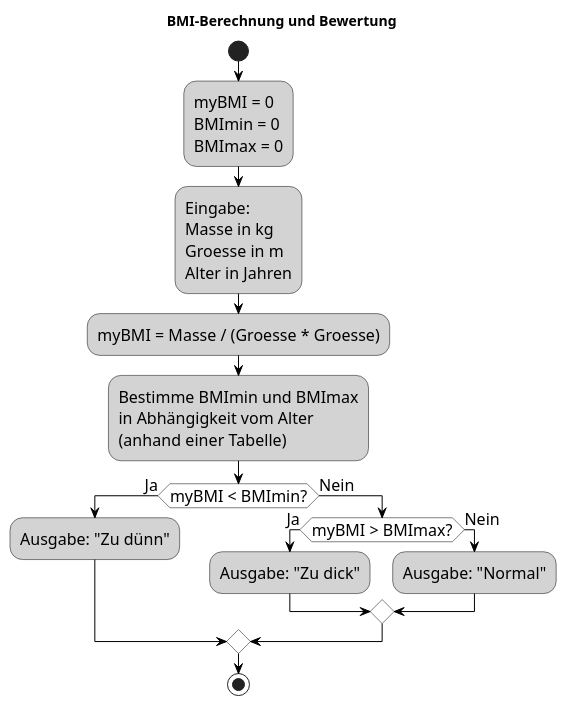
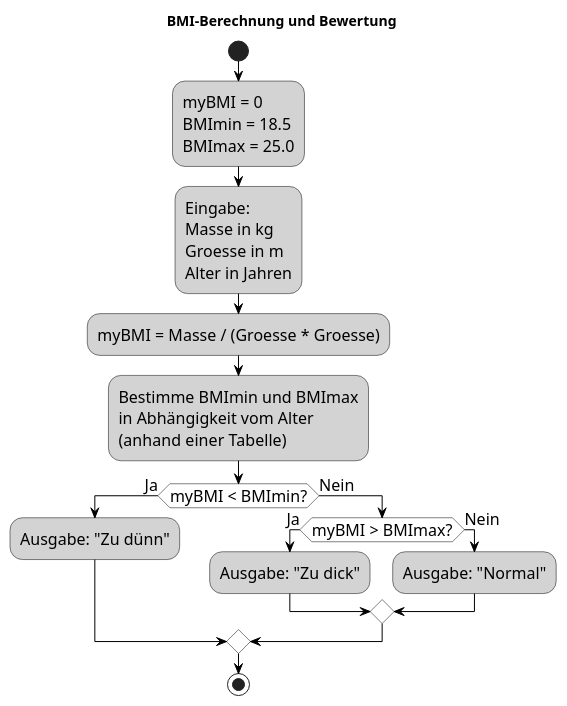
The diagram in py_Uebung/ue01_BMI/bmi.plantuml (ProfJust/TINpy), drawn with PlantUML before and after one commit. The commit also changed 1 other file, not shown here.

```diff
--- a/py_Uebung/ue01_BMI/bmi.plantuml
+++ b/py_Uebung/ue01_BMI/bmi.plantuml
@@ -1,47 +1,47 @@
 @startuml
 
 title BMI-Berechnung und Bewertung
 
 skinparam backgroundColor white
 skinparam shadowing false
 skinparam defaultFontName Arial
 skinparam defaultFontSize 16
 skinparam ArrowColor black
 skinparam activity {
     BackgroundColor lightgrey
     BorderColor black
     DiamondBackgroundColor white
     DiamondBorderColor black
     FontColor black
 }
 
 start
 
 :myBMI = 0
-BMImin = 0
-BMImax = 0;
+BMImin = 18.5
+BMImax = 25.0;
 
 :Eingabe:
 Masse in kg
 Groesse in m
 Alter in Jahren;
 
 :myBMI = Masse / (Groesse * Groesse);
 
 :Bestimme BMImin und BMImax
 in Abhängigkeit vom Alter
 (anhand einer Tabelle);
 
 if (myBMI < BMImin?) then (Ja)
     :Ausgabe: "Zu dünn";
 else (Nein)
     if (myBMI > BMImax?) then (Ja)
         :Ausgabe: "Zu dick";
     else (Nein)
         :Ausgabe: "Normal";
     endif
 endif
 
 stop
 
 @enduml
```
